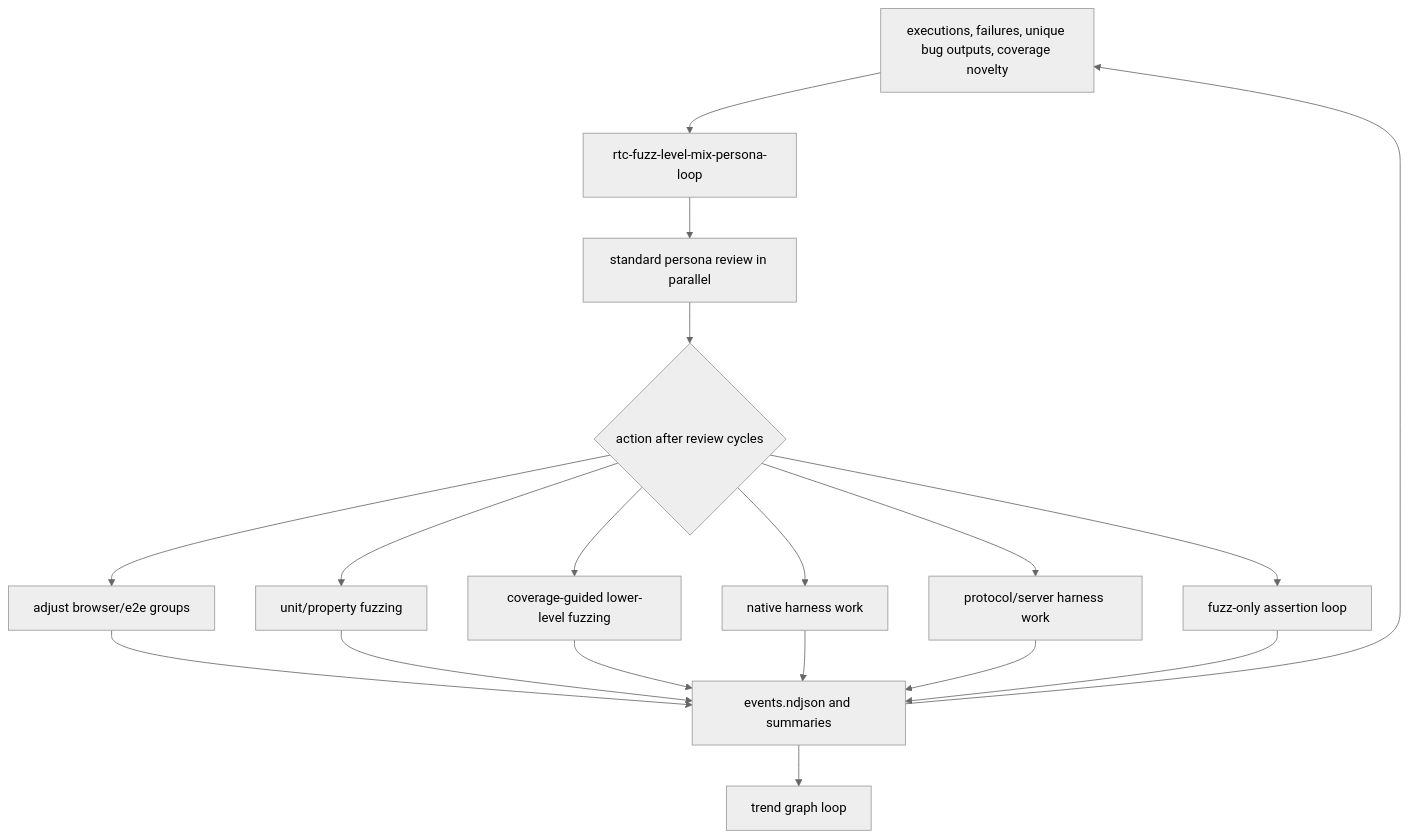
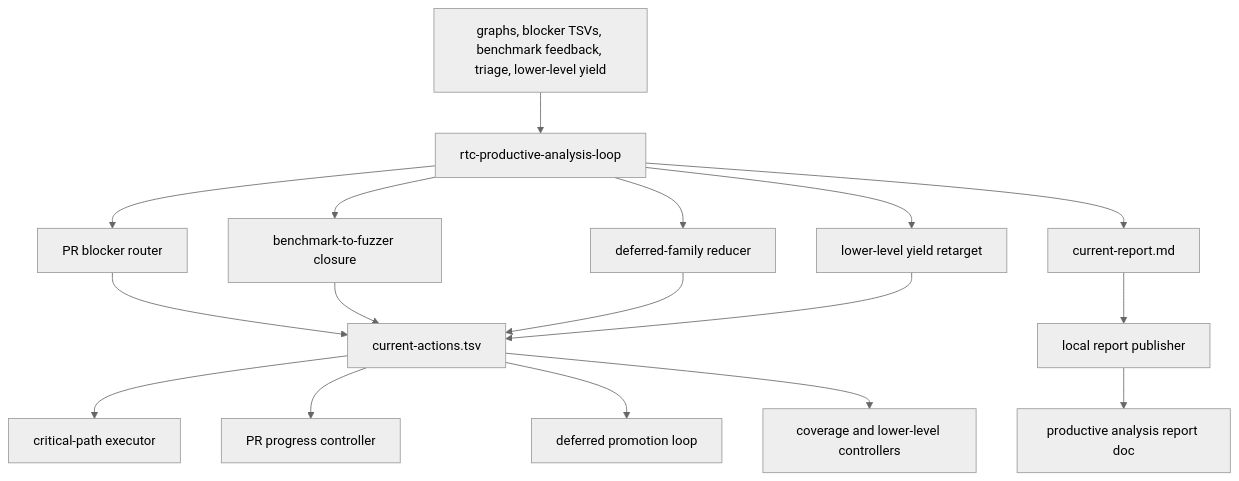
Before and after one commit to danluu/gutenberg: the sixth of 7 diagrams in docs/explanations/architecture/rtc-jetstream2-fuzzing-architecture-and-loops-20260515.md, drawn with Mermaid (neutral theme). The commit also changed other lines of this file, not shown here.

Commit message:
Update Jetstream RTC loop architecture diagrams

````diff
--- a/docs/explanations/architecture/rtc-jetstream2-fuzzing-architecture-and-loops-20260515.md
+++ b/docs/explanations/architecture/rtc-jetstream2-fuzzing-architecture-and-loops-20260515.md
@@ -221,21 +298,22 @@
 ```mermaid
-flowchart TD
-    Metrics[executions, failures, unique bug outputs, coverage novelty] --> Mix[rtc-fuzz-level-mix-persona-loop]
-    Mix --> Review[standard persona review in parallel]
-    Review --> Action{action after review cycles}
-    Action --> Browser[adjust browser/e2e groups]
-    Action --> Unit[unit/property fuzzing]
-    Action --> CG[coverage-guided lower-level fuzzing]
-    Action --> Native[native harness work]
-    Action --> Protocol[protocol/server harness work]
-    Action --> Asserts[fuzz-only assertion loop]
+flowchart TB
+    Inputs[graphs, blocker TSVs, benchmark feedback, triage, lower-level yield] --> Scheduler[rtc-productive-analysis-loop]
+    Scheduler --> Lane1[PR blocker router]
+    Scheduler --> Lane2[benchmark-to-fuzzer closure]
+    Scheduler --> Lane3[deferred-family reducer]
+    Scheduler --> Lane4[lower-level yield retarget]
 
-    Browser --> Events[events.ndjson and summaries]
-    Unit --> Events
-    CG --> Events
-    Native --> Events
-    Protocol --> Events
-    Asserts --> Events
-    Events --> Metrics
-    Events --> GraphLoop[trend graph loop]
+    Lane1 --> Actions[current-actions.tsv]
+    Lane2 --> Actions
+    Lane3 --> Actions
+    Lane4 --> Actions
+
+    Actions --> Critical[critical-path executor]
+    Actions --> PRProgress[PR progress controller]
+    Actions --> Deferred[deferred promotion loop]
+    Actions --> Coverage[coverage and lower-level controllers]
+
+    Scheduler --> Report[current-report.md]
+    Report --> LocalReportPublisher[local report publisher]
+    LocalReportPublisher --> GitHubReport[productive analysis report doc]
 ```
````
